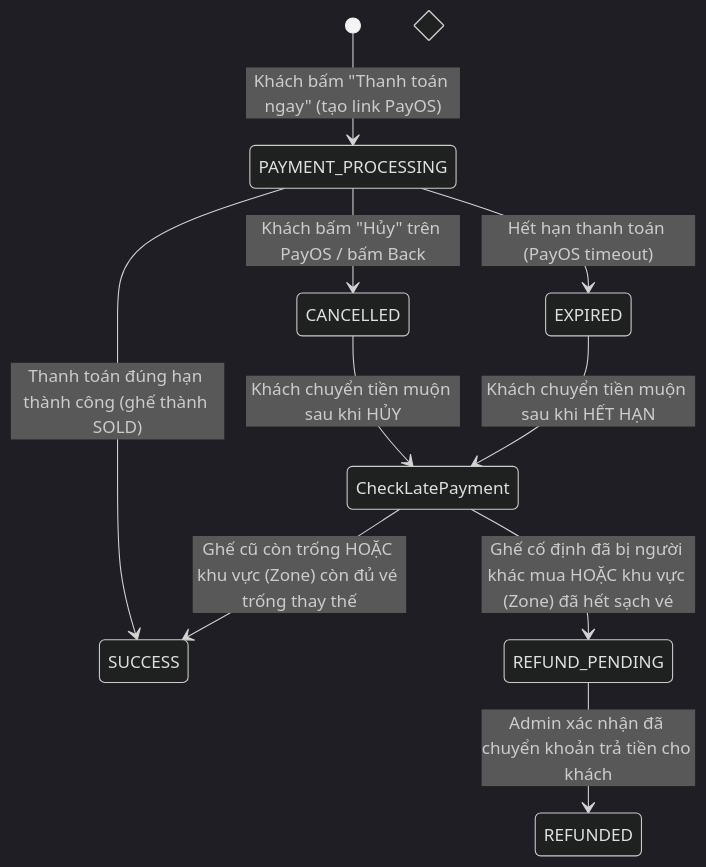
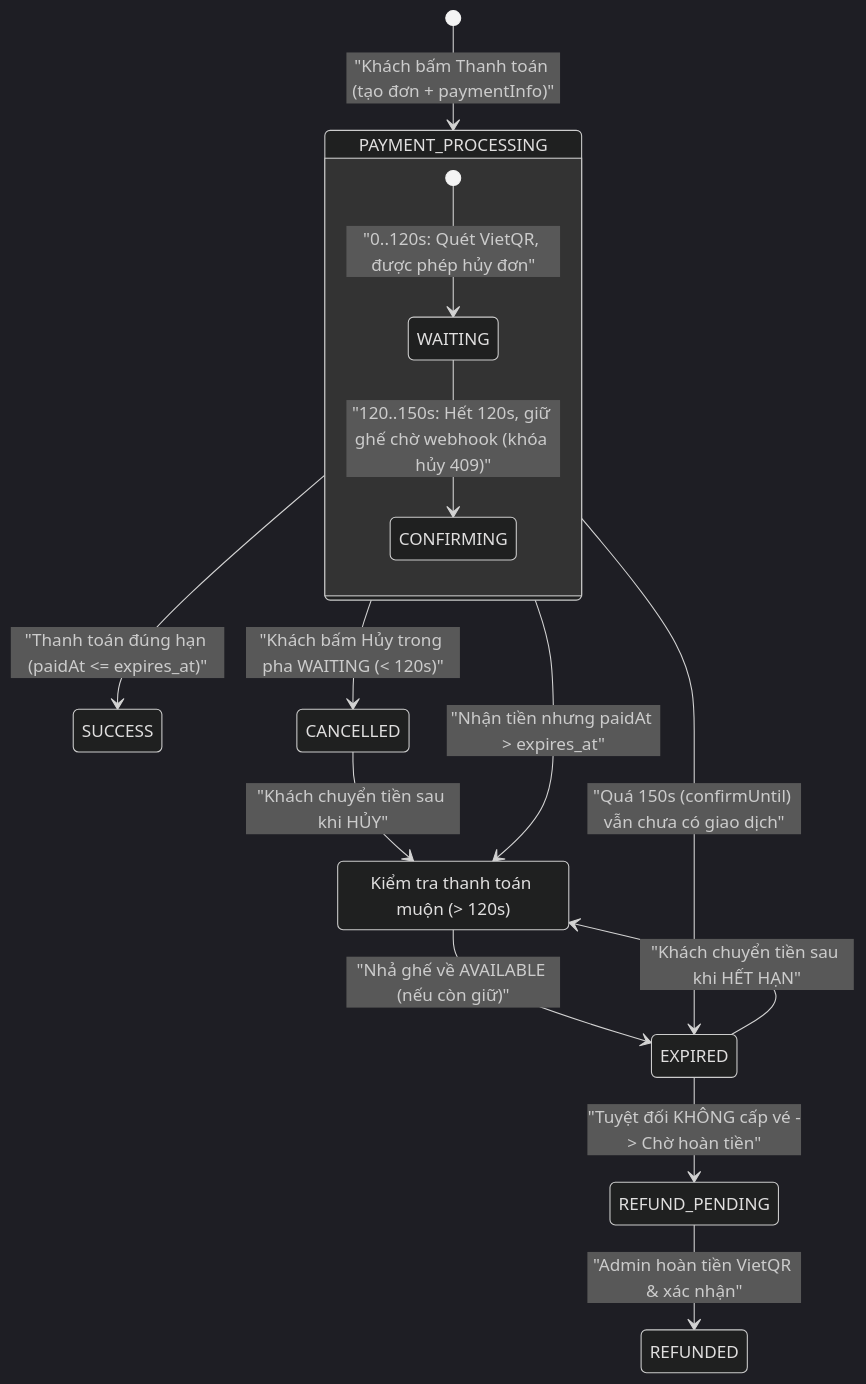
The diagram in docs/payment/PAYMENT_FLOW.md (minggquyt/sell-ticket-be-demo), drawn with Mermaid (dark theme) before and after one commit. The commit also changed other lines of this file and 4 other files, not shown here.

First line of the commit message:
docs: bổ sung tài liệu luồng thanh toán QR PayOS nội bộ cho team BE

````diff
--- a/docs/payment/PAYMENT_FLOW.md
+++ b/docs/payment/PAYMENT_FLOW.md
@@ -9,18 +12,22 @@
 ```mermaid
 stateDiagram-v2
-    [*] --> PAYMENT_PROCESSING: Khách bấm "Thanh toán ngay" (tạo link PayOS)
-    
-    PAYMENT_PROCESSING --> SUCCESS: Thanh toán đúng hạn thành công (ghế thành SOLD)
-    PAYMENT_PROCESSING --> CANCELLED: Khách bấm "Hủy" trên PayOS / bấm Back
-    PAYMENT_PROCESSING --> EXPIRED: Hết hạn thanh toán (PayOS timeout)
-    
-    state "Kiểm tra ghế/khu vực khi tiền về trễ" as CheckLatePayment <<choice>>
-    
-    CANCELLED --> CheckLatePayment: Khách chuyển tiền muộn sau khi HỦY
-    EXPIRED --> CheckLatePayment: Khách chuyển tiền muộn sau khi HẾT HẠN
-    
-    CheckLatePayment --> SUCCESS: Ghế cũ còn trống HOẶC khu vực (Zone) còn đủ vé trống thay thế
-    CheckLatePayment --> REFUND_PENDING: Ghế cố định đã bị người khác mua HOẶC khu vực (Zone) đã hết sạch vé
-    
-    REFUND_PENDING --> REFUNDED: Admin xác nhận đã chuyển khoản trả tiền cho khách
+    [*] --> PAYMENT_PROCESSING: "Khách bấm Thanh toán (tạo đơn + paymentInfo)"
+
+    state PAYMENT_PROCESSING {
+        [*] --> WAITING: "0..120s: Quét VietQR, được phép hủy đơn"
+        WAITING --> CONFIRMING: "120..150s: Hết 120s, giữ ghế chờ webhook (khóa hủy 409)"
+    }
+
+    PAYMENT_PROCESSING --> SUCCESS: "Thanh toán đúng hạn (paidAt <= expires_at)"
+    PAYMENT_PROCESSING --> CANCELLED: "Khách bấm Hủy trong pha WAITING (< 120s)"
+    PAYMENT_PROCESSING --> EXPIRED: "Quá 150s (confirmUntil) vẫn chưa có giao dịch"
+
+    state "Kiểm tra thanh toán muộn (> 120s)" as CheckLatePayment
+    PAYMENT_PROCESSING --> CheckLatePayment: "Nhận tiền nhưng paidAt > expires_at"
+    CANCELLED --> CheckLatePayment: "Khách chuyển tiền sau khi HỦY"
+    EXPIRED --> CheckLatePayment: "Khách chuyển tiền sau khi HẾT HẠN"
+
+    CheckLatePayment --> EXPIRED: "Nhả ghế về AVAILABLE (nếu còn giữ)"
+    EXPIRED --> REFUND_PENDING: "Tuyệt đối KHÔNG cấp vé -> Chờ hoàn tiền"
+    REFUND_PENDING --> REFUNDED: "Admin hoàn tiền VietQR & xác nhận"
 ```
````
